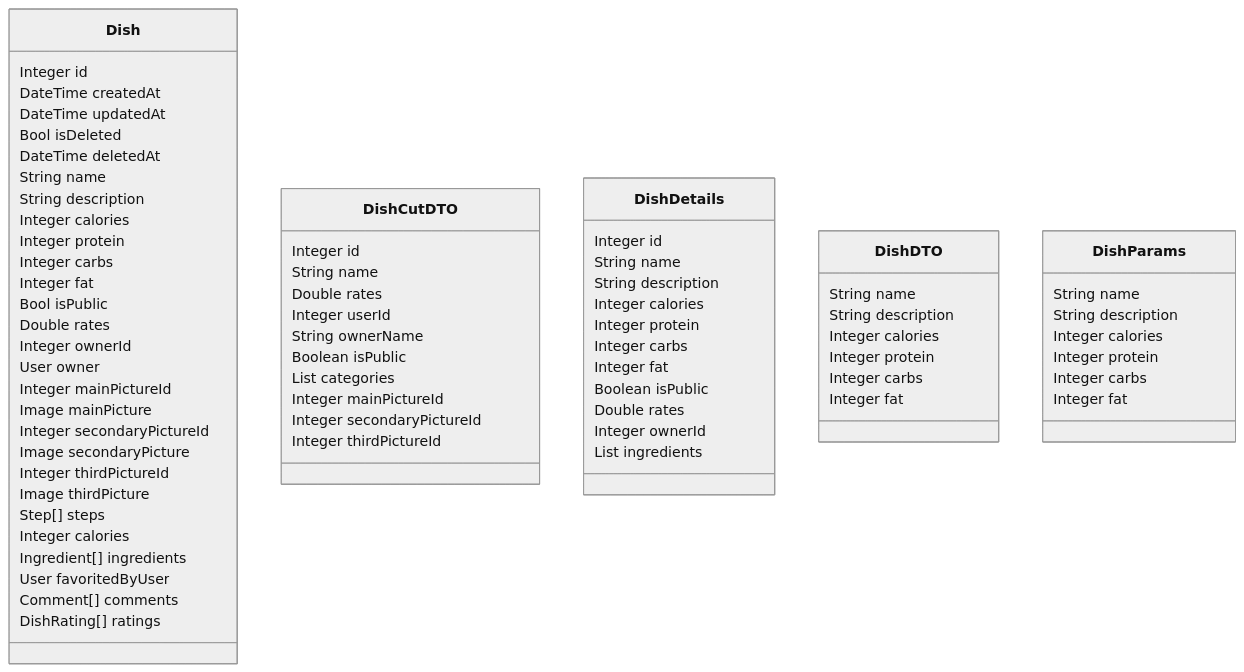
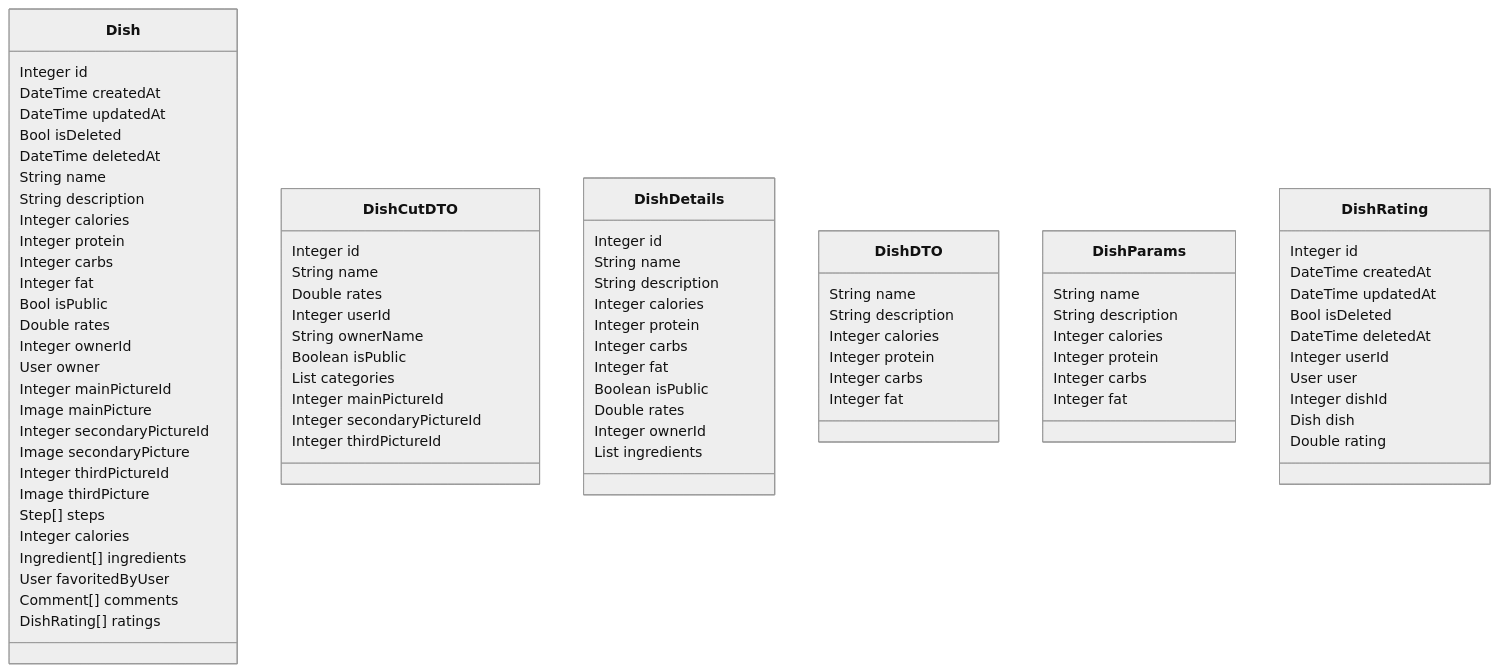
One commit to GruboKrojone/SneakFit changed the sixth of 9 diagrams in Backend/README.md. Above: the diagram before and after it, drawn with Mermaid (neutral theme). The commit also changed other lines of this file, not shown here.

````diff
--- a/Backend/README.md
+++ b/Backend/README.md
@@ -1537,4 +1537,16 @@
         Integer carbs
         Integer fat
     }
+    class DishRating {
+        Integer id
+        DateTime createdAt
+        DateTime updatedAt
+        Bool isDeleted
+        DateTime deletedAt
+        Integer userId
+        User user
+        Integer dishId
+        Dish dish
+        Double rating
+    }
 ```
````
